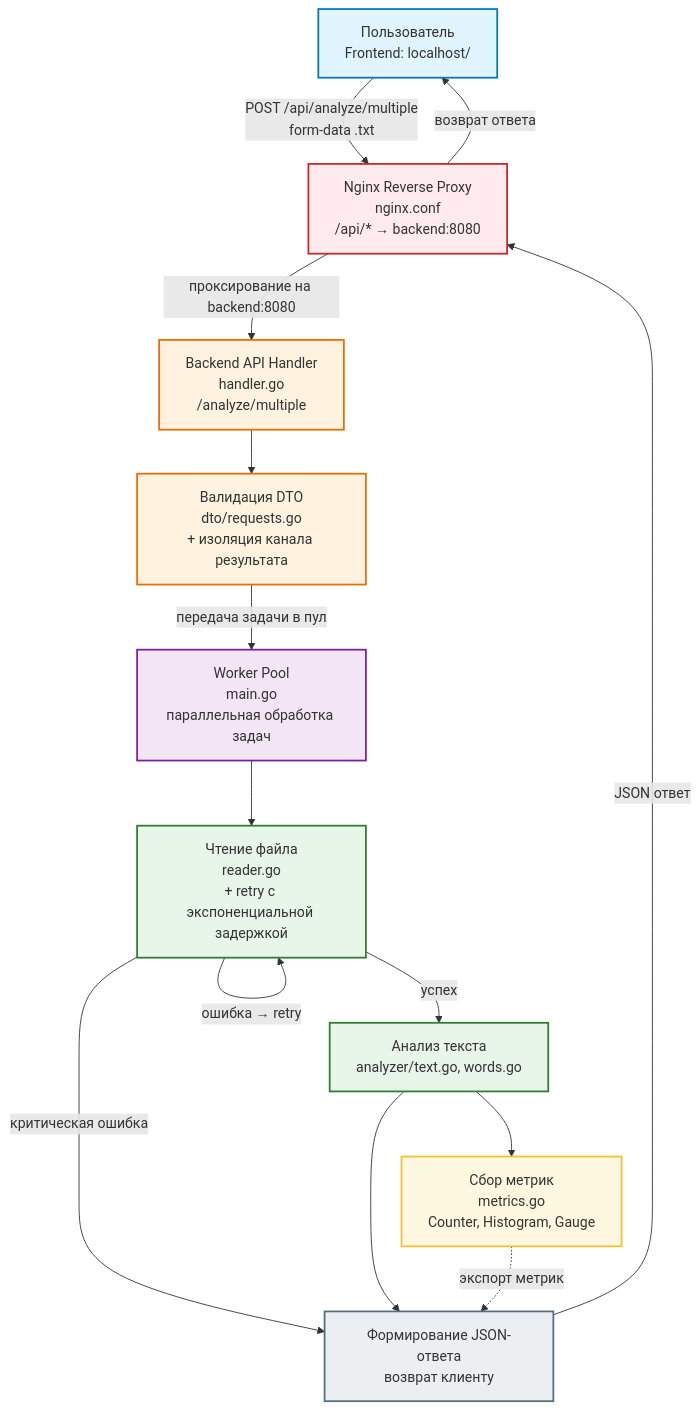
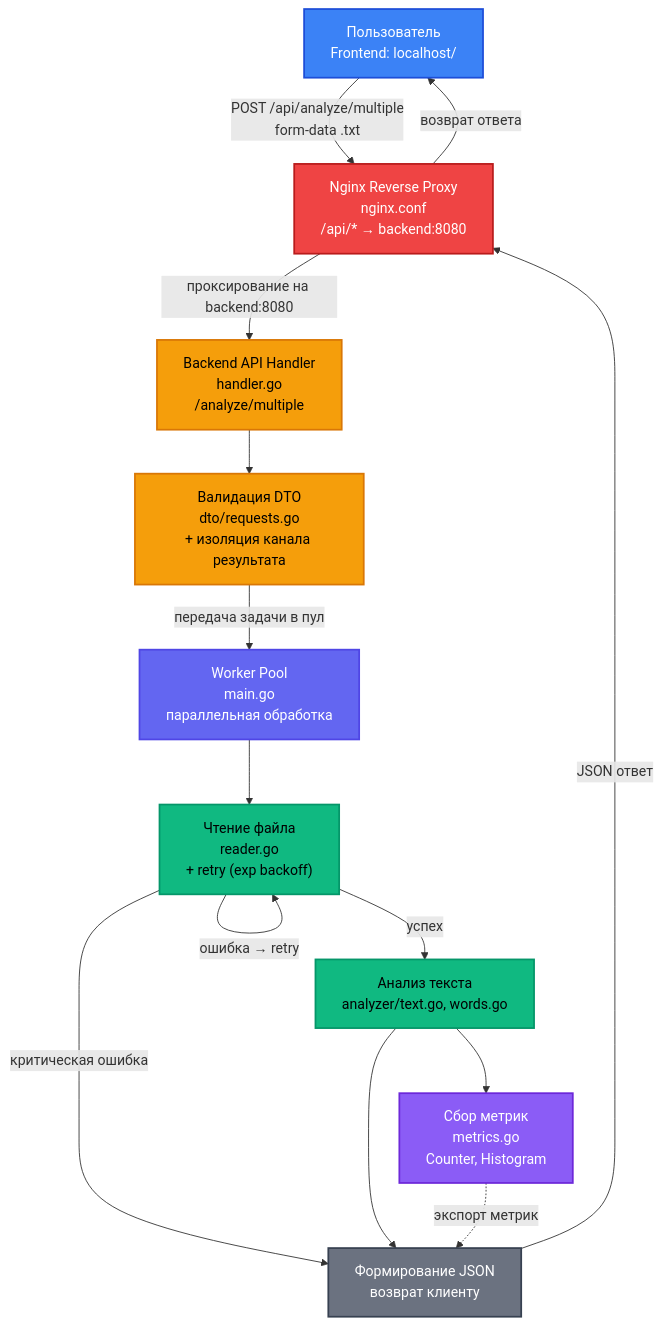
The diagram in README.md (coddemn/TextAnalyzer), drawn with Mermaid before and after one commit.

````diff
--- a/README.md
+++ b/README.md
@@ -160,42 +160,47 @@
 ```mermaid
 flowchart TD
-    classDef frontend fill:#e1f5fe,stroke:#0277bd,stroke-width:2px;
-    classDef nginx fill:#ffebee,stroke:#c62828,stroke-width:2px;
-    classDef api fill:#fff3e0,stroke:#ef6c00,stroke-width:2px;
-    classDef logic fill:#e8f5e9,stroke:#2e7d32,stroke-width:2px;
-    classDef worker fill:#f3e5f5,stroke:#7b1fa2,stroke-width:2px;
-    classDef metrics fill:#fff8e1,stroke:#fbc02d,stroke-width:2px;
-    classDef output fill:#eceff1,stroke:#546e7a,stroke-width:2px;
+    %% --- СТИЛИ (АДАПТИРОВАНО ПОД GITHUB) ---
+    %% GitHub плохо рендерит бледные цвета. Используем насыщенные, но чистые тона.
+    classDef frontend fill:#3b82f6,stroke:#1d4ed8,stroke-width:2px,color:#ffffff;
+    classDef nginx fill:#ef4444,stroke:#b91c1c,stroke-width:2px,color:#ffffff;
+    classDef api fill:#f59e0b,stroke:#d97706,stroke-width:2px,color:#000000;
+    classDef logic fill:#10b981,stroke:#059669,stroke-width:2px,color:#000000;
+    classDef worker fill:#6366f1,stroke:#4f46e5,stroke-width:2px,color:#ffffff;
+    classDef metrics fill:#8b5cf6,stroke:#6d28d9,stroke-width:2px,color:#ffffff;
+    classDef output fill:#6b7280,stroke:#374151,stroke-width:2px,color:#ffffff;
 
-    User["Пользователь\nFrontend: localhost/"];
-    Nginx["Nginx Reverse Proxy\nnginx.conf\n/api/* → backend:8080"];
-    BackendAPI["Backend API Handler\nhandler.go\n/analyze/multiple"];
-    DTO["Валидация DTO\ndto/requests.go\n+ изоляция канала результата"];
-    Reader["Чтение файла\nreader.go\n+ retry с экспоненциальной задержкой"];
-    Analyzer["Анализ текста\nanalyzer/text.go, words.go"];
-    Pool["Worker Pool\nmain.go\nпараллельная обработка задач"];
-    Prometheus["Сбор метрик\nmetrics.go\nCounter, Histogram, Gauge"];
-    Response["Формирование JSON-ответа\nвозврат клиенту"];
+    %% --- УЗЛЫ ---
+    User["Пользователь\nFrontend: localhost/"]
+    Nginx["Nginx Reverse Proxy\nnginx.conf\n/api/* → backend:8080"]
+    BackendAPI["Backend API Handler\nhandler.go\n/analyze/multiple"]
+    DTO["Валидация DTO\ndto/requests.go\n+ изоляция канала результата"]
+    Reader["Чтение файла\nreader.go\n+ retry (exp backoff)"]
+    Analyzer["Анализ текста\nanalyzer/text.go, words.go"]
+    Pool["Worker Pool\nmain.go\nпараллельная обработка"]
+    Prometheus["Сбор метрик\nmetrics.go\nCounter, Histogram"]
+    Response["Формирование JSON\nвозврат клиенту"]
 
-    User -->|"POST /api/analyze/multiple\nform-data .txt"| Nginx;
-    Nginx -->|"проксирование на backend:8080"| BackendAPI;
-    BackendAPI --> DTO;
-    DTO -->|"передача задачи в пул"| Pool;
-    Pool --> Reader;
-    Reader -->|"успех"| Analyzer;
-    Reader -->|"ошибка → retry"| Reader;
-    Reader -->|"критическая ошибка"| Response;
-    Analyzer --> Prometheus;
-    Analyzer --> Response;
-    Prometheus -.->|"экспорт метрик"| Response;
-    Response -->|"JSON ответ"| Nginx;
-    Nginx -->|"возврат ответа"| User;
+    %% --- СВЯЗИ ---
+    User -->|"POST /api/analyze/multiple\nform-data .txt"| Nginx
+    Nginx -->|"проксирование на backend:8080"| BackendAPI
+    BackendAPI --> DTO
+    DTO -->|"передача задачи в пул"| Pool
+    Pool --> Reader
+    Reader -->|"успех"| Analyzer
+    Reader -->|"ошибка → retry"| Reader
+    Reader -->|"критическая ошибка"| Response
+    Analyzer --> Prometheus
+    Analyzer --> Response
+    Prometheus -.->|"экспорт метрик"| Response
+    Response -->|"JSON ответ"| Nginx
+    Nginx -->|"возврат ответа"| User
 
-    class User frontend;
-    class Nginx nginx;
-    class BackendAPI,DTO api;
-    class Reader,Analyzer logic;
-    class Pool worker;
-    class Prometheus metrics;
-    class Response output;
+    %% --- ПРИМЕНЕНИЕ СТИЛЕЙ ---
+    class User frontend
+    class Nginx nginx
+    class BackendAPI,DTO api
+    class Reader,Analyzer logic
+    class Pool worker
+    class Prometheus metrics
+    class Response output
 ```
````
